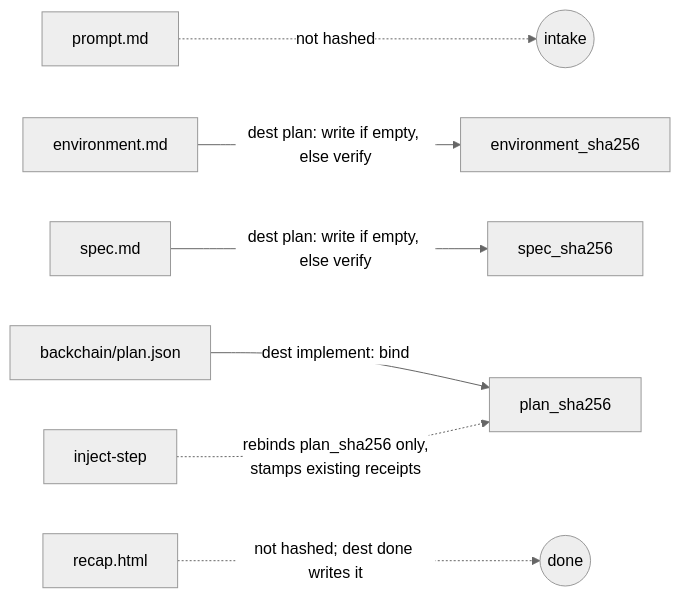
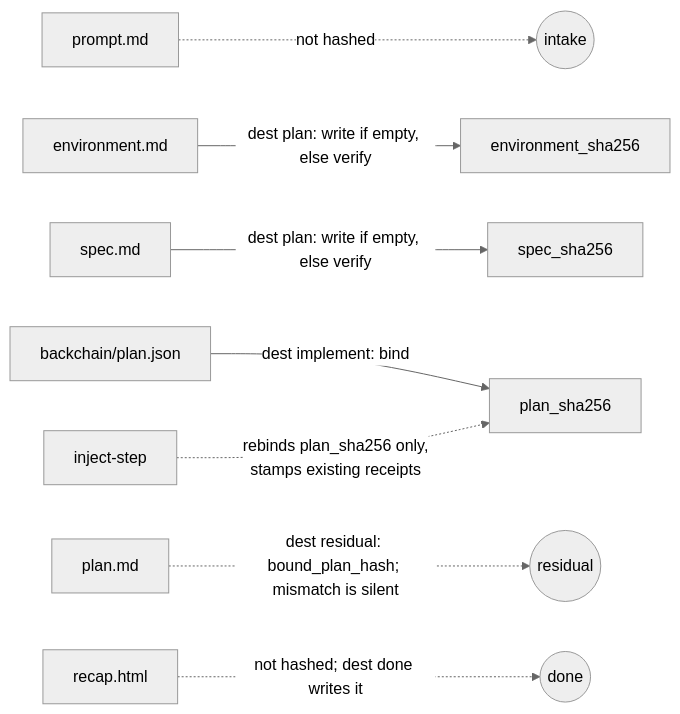
Before and after one commit to whichguy/skill-craft: the fifth of 5 diagrams in plugins/shiploop/skills/shiploop/README.md, drawn with Mermaid (neutral theme). The commit also changed other lines of this file and 8 other files, not shown here.

````diff
--- a/plugins/shiploop/skills/shiploop/README.md
+++ b/plugins/shiploop/skills/shiploop/README.md
@@ -391,9 +525,10 @@
 ```mermaid
 flowchart LR
   prompt["prompt.md"] -.->|not hashed| intake(("intake"))
   env["environment.md"] -->|"dest plan: write if empty, else verify"| envHash["environment_sha256"]
   spec["spec.md"] -->|"dest plan: write if empty, else verify"| specHash["spec_sha256"]
   dag["backchain/plan.json"] -->|"dest implement: bind"| planHash["plan_sha256"]
   inject["inject-step"] -.->|"rebinds plan_sha256 only,\nstamps existing receipts"| planHash
+  planmd["plan.md"] -.->|"dest residual: bound_plan_hash; mismatch is silent"| residual(("residual"))
   recap["recap.html"] -.->|not hashed; dest done writes it| done(("done"))
 ```
````
